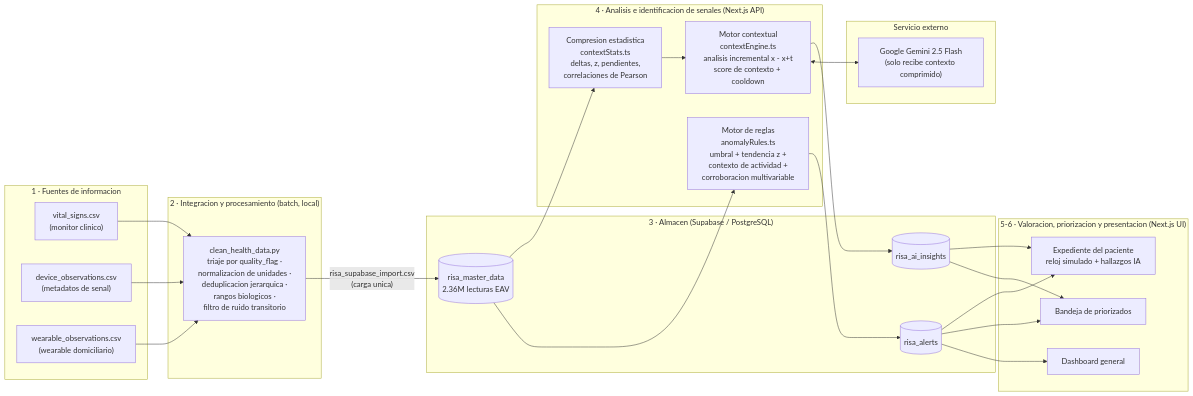
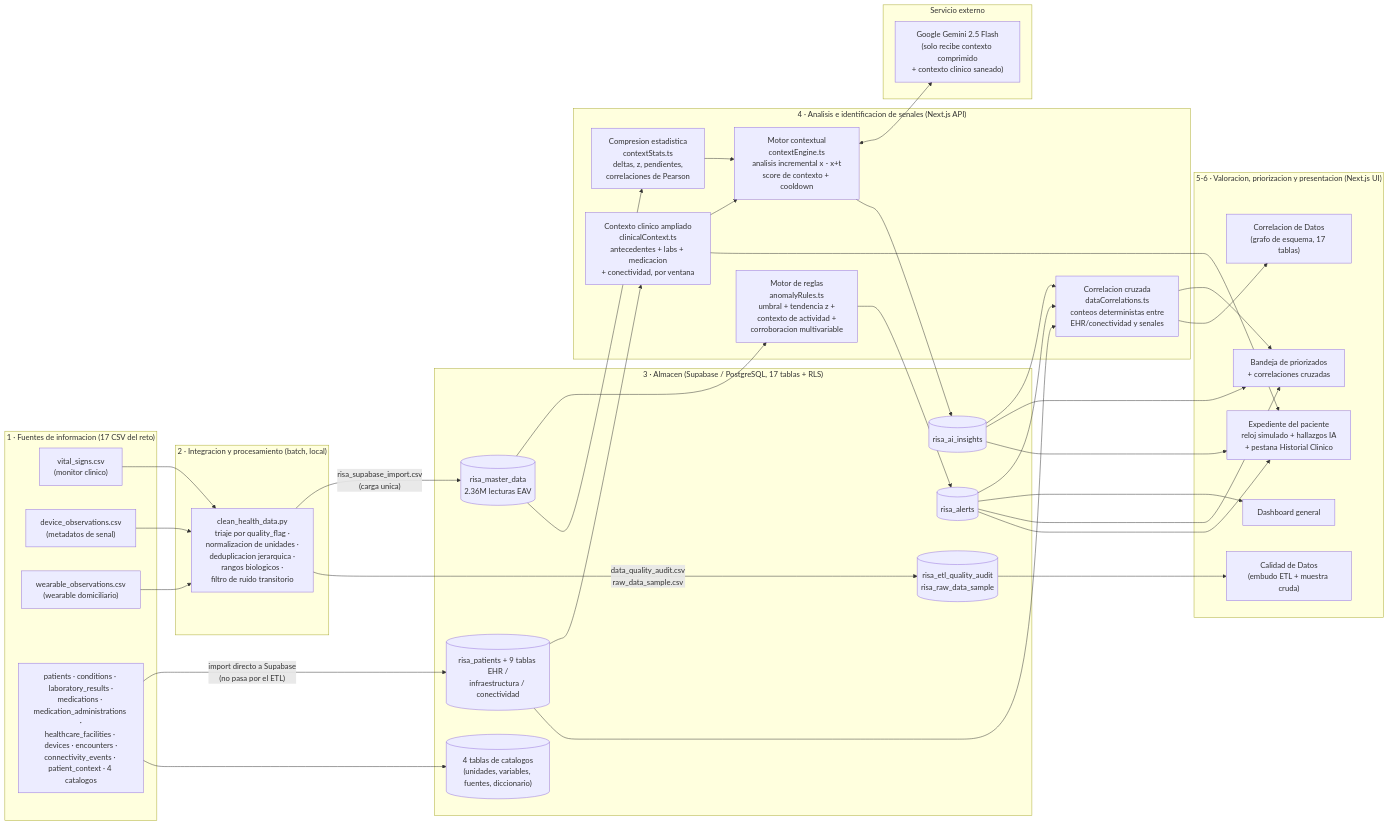
The diagram in docs/ARQUITECTURA.md (dioskratos407-bit/hack-risa-health), drawn with Mermaid before and after one commit. The commit also changed other lines of this file, not shown here.

First line of the commit message:
docs: actualizar diagrama de arquitectura con EHR, correlacion y calidad de datos

````diff
--- a/docs/ARQUITECTURA.md
+++ b/docs/ARQUITECTURA.md
@@ -12,48 +12,70 @@
 ```mermaid
 flowchart LR
-    subgraph FUENTES["1 · Fuentes de informacion"]
+    subgraph FUENTES["1 · Fuentes de informacion (17 CSV del reto)"]
         VS["vital_signs.csv<br/>(monitor clinico)"]
         DO["device_observations.csv<br/>(metadatos de senal)"]
         WO["wearable_observations.csv<br/>(wearable domiciliario)"]
+        EHRSRC["patients · conditions · laboratory_results ·<br/>medications · medication_administrations ·<br/>healthcare_facilities · devices · encounters ·<br/>connectivity_events · patient_context · 4 catalogos"]
     end
 
     subgraph ETL["2 · Integracion y procesamiento (batch, local)"]
         CL["clean_health_data.py<br/>triaje por quality_flag ·<br/>normalizacion de unidades ·<br/>deduplicacion jerarquica ·<br/>rangos biologicos ·<br/>filtro de ruido transitorio"]
     end
 
-    subgraph DB["3 · Almacen (Supabase / PostgreSQL)"]
+    subgraph DB["3 · Almacen (Supabase / PostgreSQL, 17 tablas + RLS)"]
         MD[("risa_master_data<br/>2.36M lecturas EAV")]
         AL[("risa_alerts")]
         IN[("risa_ai_insights")]
+        EHRDB[("risa_patients + 9 tablas EHR /<br/>infraestructura / conectividad")]
+        CATDB[("4 tablas de catalogos<br/>(unidades, variables, fuentes, diccionario)")]
+        AUD[("risa_etl_quality_audit<br/>risa_raw_data_sample")]
     end
 
     subgraph MOTOR["4 · Analisis e identificacion de senales (Next.js API)"]
         RULES["Motor de reglas<br/>anomalyRules.ts<br/>umbral + tendencia z +<br/>contexto de actividad +<br/>corroboracion multivariable"]
         STATS["Compresion estadistica<br/>contextStats.ts<br/>deltas, z, pendientes,<br/>correlaciones de Pearson"]
         ENGINE["Motor contextual<br/>contextEngine.ts<br/>analisis incremental x - x+t<br/>score de contexto + cooldown"]
+        CLIN["Contexto clinico ampliado<br/>clinicalContext.ts<br/>antecedentes + labs + medicacion<br/>+ conectividad, por ventana"]
+        CORR["Correlacion cruzada<br/>dataCorrelations.ts<br/>conteos deterministas entre<br/>EHR/conectividad y senales"]
     end
 
     subgraph EXT["Servicio externo"]
-        GEM["Google Gemini 2.5 Flash<br/>(solo recibe contexto comprimido)"]
+        GEM["Google Gemini 2.5 Flash<br/>(solo recibe contexto comprimido<br/>+ contexto clinico saneado)"]
     end
 
     subgraph UI["5-6 · Valoracion, priorizacion y presentacion (Next.js UI)"]
         DASH["Dashboard general"]
-        PRIO["Bandeja de priorizados"]
-        EXP["Expediente del paciente<br/>reloj simulado + hallazgos IA"]
+        PRIO["Bandeja de priorizados<br/>+ correlaciones cruzadas"]
+        EXP["Expediente del paciente<br/>reloj simulado + hallazgos IA<br/>+ pestana Historial Clinico"]
+        DQ["Calidad de Datos<br/>(embudo ETL + muestra cruda)"]
+        CD["Correlacion de Datos<br/>(grafo de esquema, 17 tablas)"]
     end
 
     VS --> CL
     DO --> CL
     WO --> CL
     CL -->|"risa_supabase_import.csv<br/>(carga unica)"| MD
+    CL -->|"data_quality_audit.csv<br/>raw_data_sample.csv"| AUD
+    EHRSRC -->|"import directo a Supabase<br/>(no pasa por el ETL)"| EHRDB
+    EHRSRC --> CATDB
+
     MD --> RULES --> AL
     MD --> STATS --> ENGINE
+    EHRDB --> CLIN --> ENGINE
     ENGINE <--> GEM
     ENGINE --> IN
+
+    EHRDB --> CORR
+    AL --> CORR
+    IN --> CORR
+    AUD --> DQ
+
     AL --> DASH
     AL --> PRIO
     IN --> PRIO
+    CORR --> PRIO
     AL --> EXP
     IN --> EXP
+    CLIN --> EXP
+    CORR --> CD
 ```
````
